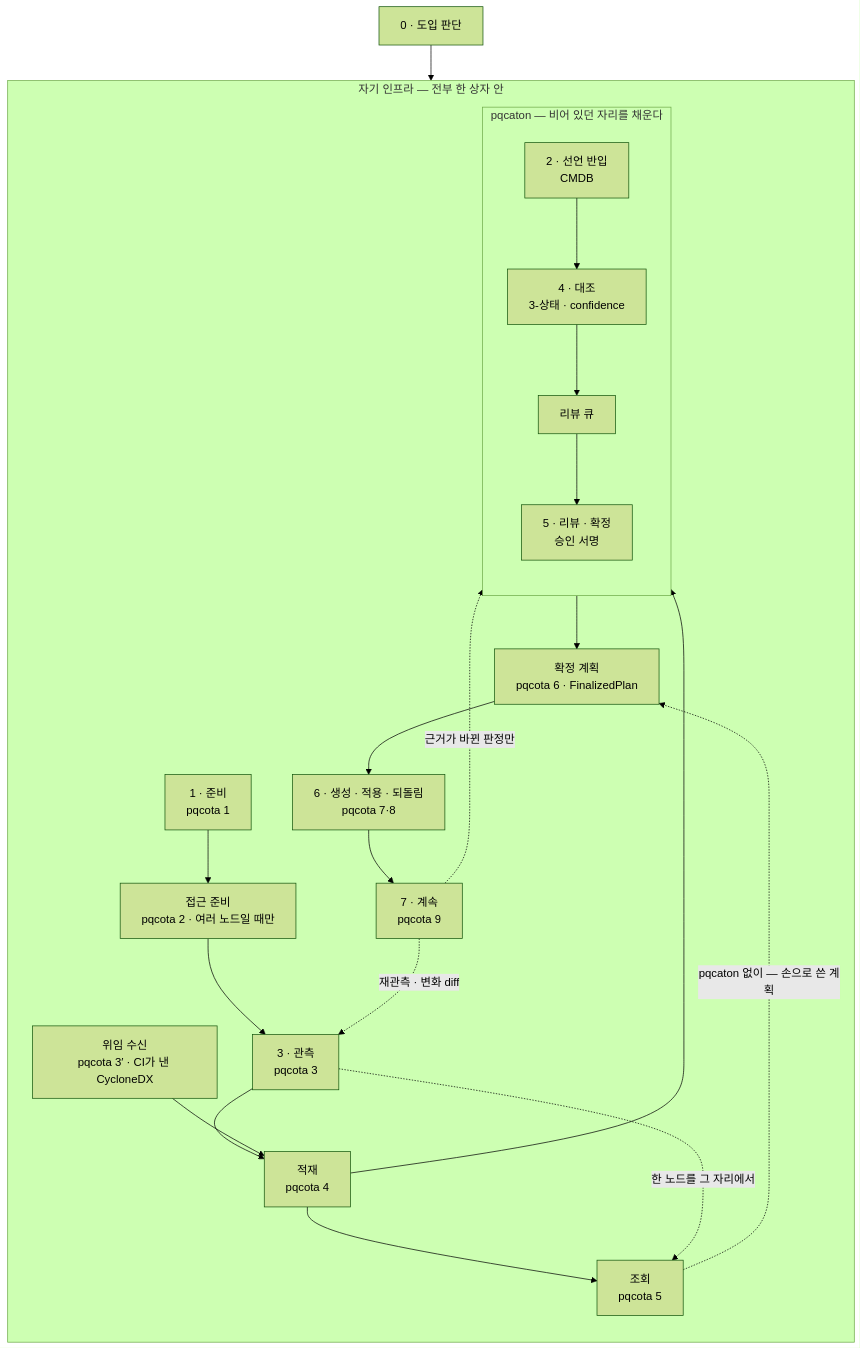
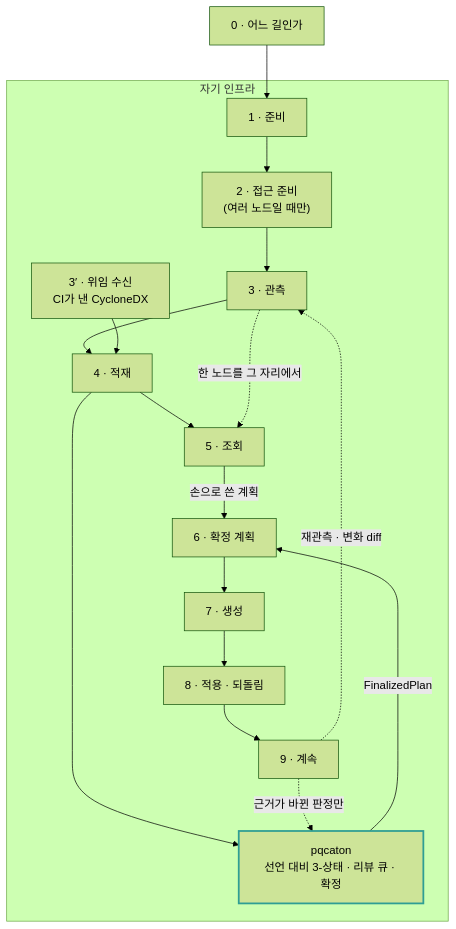
The first of 2 diagrams in docs/journey.md (sntsoftgit/pqcaton), drawn with Mermaid (forest theme) before and after one commit. The commit also changed other lines of this file, not shown here.

Commit message:
한눈에 그림을 pqcota 원본에 한 상자만 녹여 넣는 것으로 되돌린다
앞 판은 pqcota 여정을 재배치해 그리는 바람에 기본 경로가 복잡해졌다. 「한 바퀴가 도는 길」이
단순한 이유는 기본 경로를 건드리지 않고 한 군데만 끼워 넣었기 때문인데, 그 방식을 여기에도
적용한다.

- pqcota 여정의 상자·번호·점선을 그대로 둔다
- 더하는 것은 굵은 상자 하나와 「4 → pqcaton → 6」 두 선뿐
- 6번(확정 계획)이 비어 있는 자리라는 것을 「손으로 쓴 계획」 간선 라벨로 보인다
- 절 제목에 pqcota 번호를 병기해 두 번호 체계가 헷갈리지 않게 한다

````diff
--- a/docs/journey.md
+++ b/docs/journey.md
@@ -21,31 +21,26 @@
 ```mermaid
 flowchart TB
-    A["0 · 도입 판단"] --> B
+    A["0 · 어느 길인가"] --> B
 
-    subgraph infra["자기 인프라 — 전부 한 상자 안"]
-      direction TB
+    subgraph inside["자기 인프라"]
+      B["1 · 준비"] --> C["2 · 접근 준비<br/>(여러 노드일 때만)"]
+      C --> D["3 · 관측"]
+      D --> E["4 · 적재"]
+      W["3′ · 위임 수신<br/>CI가 낸 CycloneDX"] --> E
+      E --> F["5 · 조회"]
+      F -->|"손으로 쓴 계획"| G["6 · 확정 계획"]
+      G --> H["7 · 생성"]
+      H --> I["8 · 적용 · 되돌림"]
+      I --> J["9 · 계속"]
 
-      B["1 · 준비<br/>pqcota 1"] --> C["접근 준비<br/>pqcota 2 · 여러 노드일 때만"]
-      C --> D["3 · 관측<br/>pqcota 3"]
-      D --> E["적재<br/>pqcota 4"]
-      W["위임 수신<br/>pqcota 3′ · CI가 낸 CycloneDX"] --> E
-      E --> F["조회<br/>pqcota 5"]
-
-      subgraph us["pqcaton — 비어 있던 자리를 채운다"]
-        direction TB
-        P["2 · 선언 반입<br/>CMDB"] --> Q["4 · 대조<br/>3-상태 · confidence"]
-        Q --> R["리뷰 큐"]
-        R --> S["5 · 리뷰 · 확정<br/>승인 서명"]
-      end
-
-      E --> Q
-      S --> G["확정 계획<br/>pqcota 6 · FinalizedPlan"]
-      G --> H["6 · 생성 · 적용 · 되돌림<br/>pqcota 7·8"]
-      H --> J["7 · 계속<br/>pqcota 9"]
+      E --> K["pqcaton<br/>선언 대비 3-상태 · 리뷰 큐 · 확정"]
+      K -->|"FinalizedPlan"| G
     end
 
-    F -.->|"pqcaton 없이 — 손으로 쓴 계획"| G
+    J -.->|"재관측 · 변화 diff"| D
     D -.->|"한 노드를 그 자리에서"| F
-    J -.->|"재관측 · 변화 diff"| D
-    J -.->|"근거가 바뀐 판정만"| R
+    J -.->|"근거가 바뀐 판정만"| K
+
+    classDef us stroke:#2f9e94,stroke-width:2.5px;
+    class K us;
 ```
````
